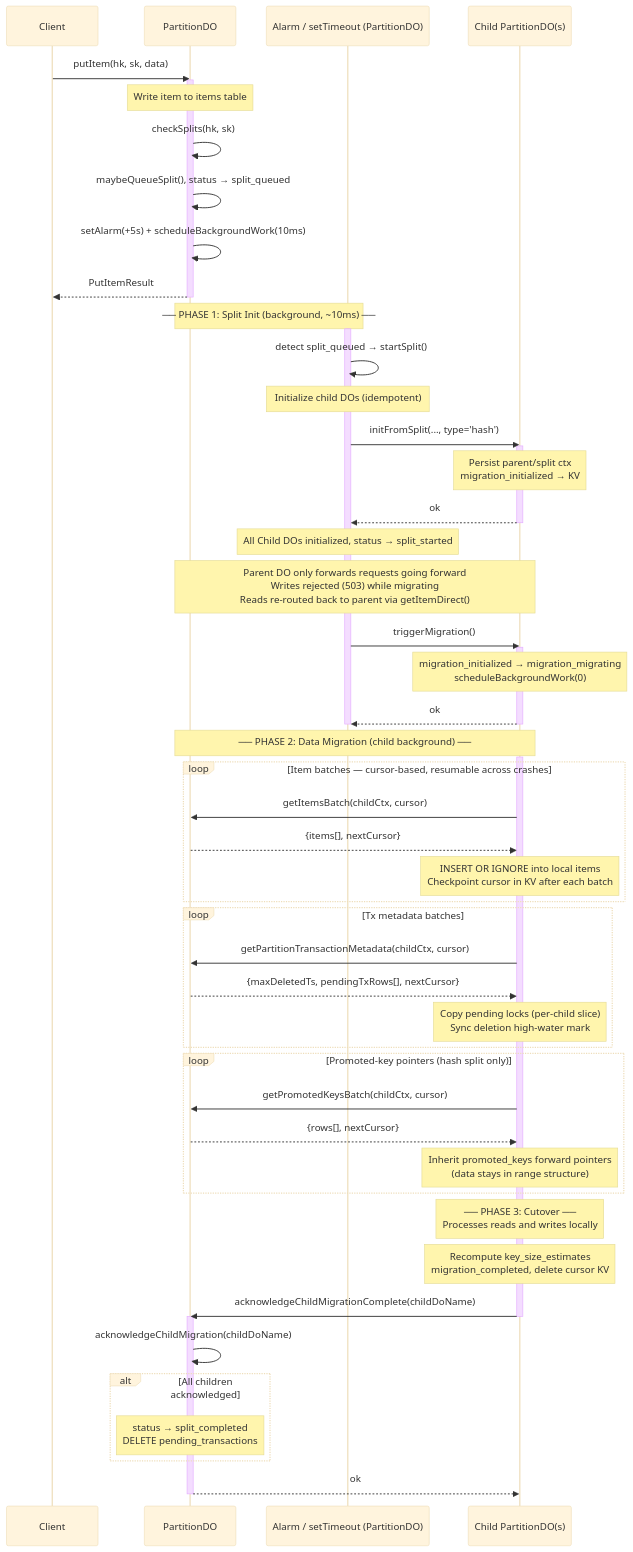
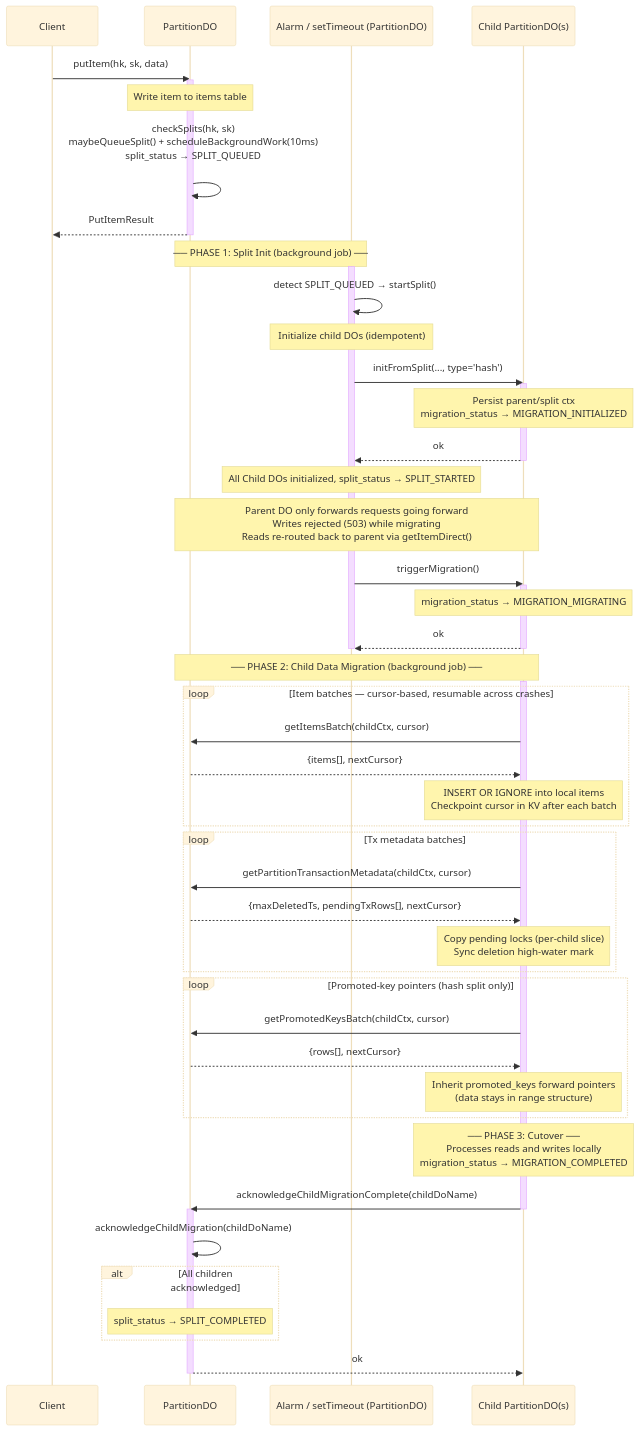
Before and after one commit to lambrospetrou/lambrospetrou.github.io: the second of 2 diagrams in src/_posts/2026-06-05-fokosdb.md, drawn with Mermaid (base theme). The commit also changed other lines of this file and 2 other files, not shown here.

Commit message:
reword and sequence diagram explanations

````diff
--- a/src/_posts/2026-06-05-fokosdb.md
+++ b/src/_posts/2026-06-05-fokosdb.md
@@ -249,70 +265,67 @@
 ```mermaid
 sequenceDiagram
       participant C as Client
       participant P as PartitionDO
       participant BG as Alarm / setTimeout (PartitionDO)
       participant Ch as Child PartitionDO(s)
 
       C->>P: putItem(hk, sk, data)
       activate P
       Note over P: Write item to items table
-      P->>P: checkSplits(hk, sk)
-      P->>P: maybeQueueSplit(), status → split_queued
-      P->>P: setAlarm(+5s) + scheduleBackgroundWork(10ms)
+      P->>P: checkSplits(hk, sk)<br/>maybeQueueSplit() + scheduleBackgroundWork(10ms)<br/>split_status → SPLIT_QUEUED<br/>
       P-->>C: PutItemResult
       deactivate P
 
-      Note over P,BG: ── PHASE 1: Split Init (background, ~10ms) ──
+      Note over P,BG: ── PHASE 1: Split Init (background job) ──
 
       activate BG
-      BG->>BG: detect split_queued → startSplit()
+      BG->>BG: detect SPLIT_QUEUED → startSplit()
       Note over BG: Initialize child DOs (idempotent)
       BG->>Ch: initFromSplit(..., type='hash')
       activate Ch
-      Note over Ch: Persist parent/split ctx<br/>migration_initialized → KV
+      Note over Ch: Persist parent/split ctx<br/>migration_status → MIGRATION_INITIALIZED
       Ch-->>BG: ok
       deactivate Ch
-      Note over BG: All Child DOs initialized, status → split_started
+      Note over BG: All Child DOs initialized, split_status → SPLIT_STARTED
       Note over P,Ch: Parent DO only forwards requests going forward<br/>Writes rejected (503) while migrating<br/>Reads re-routed back to parent via getItemDirect()
       BG->>Ch: triggerMigration()
       activate Ch
-      Note over Ch: migration_initialized → migration_migrating<br/>scheduleBackgroundWork(0)
+      Note over Ch: migration_status → MIGRATION_MIGRATING
       Ch-->>BG: ok
       deactivate Ch
       deactivate BG
 
-      Note over P,Ch: ── PHASE 2: Data Migration (child background) ──
+      Note over P,Ch: ── PHASE 2: Child Data Migration (background job) ──
 
       activate Ch
       loop Item batches — cursor-based, resumable across crashes
           Ch->>P: getItemsBatch(childCtx, cursor)
           P-->>Ch: {items[], nextCursor}
           Note over Ch: INSERT OR IGNORE into local items<br/>Checkpoint cursor in KV after each batch
       end
 
       loop Tx metadata batches
           Ch->>P: getPartitionTransactionMetadata(childCtx, cursor)
           P-->>Ch: {maxDeletedTs, pendingTxRows[], nextCursor}
           Note over Ch: Copy pending locks (per-child slice)<br/>Sync deletion high-water mark
       end
 
       loop Promoted-key pointers (hash split only)
           Ch->>P: getPromotedKeysBatch(childCtx, cursor)
           P-->>Ch: {rows[], nextCursor}
           Note over Ch: Inherit promoted_keys forward pointers<br/>(data stays in range structure)
       end
 
-      Note over Ch: ── PHASE 3: Cutover ──<br/>Processes reads and writes locally
-      Note over Ch: Recompute key_size_estimates<br/>migration_completed, delete cursor KV
+      Note over Ch: ── PHASE 3: Cutover ──<br/>Processes reads and writes locally<br/>migration_status → MIGRATION_COMPLETED
 
       Ch->>P: acknowledgeChildMigrationComplete(childDoName)
       deactivate Ch
 
       activate P
       P->>P: acknowledgeChildMigration(childDoName)
       alt All children acknowledged
-          Note over P: status → split_completed<br/>DELETE pending_transactions
+          Note over P: split_status → SPLIT_COMPLETED
       end
       P-->>Ch: ok
       deactivate P
 ```
````
